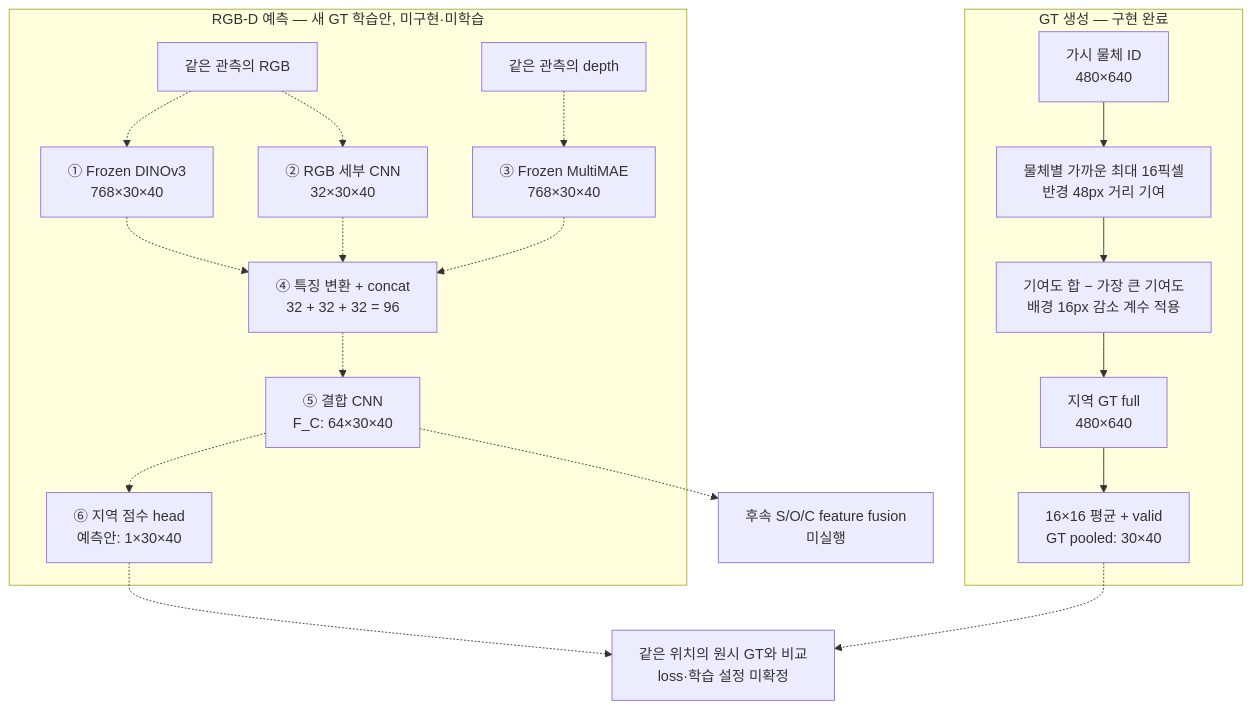
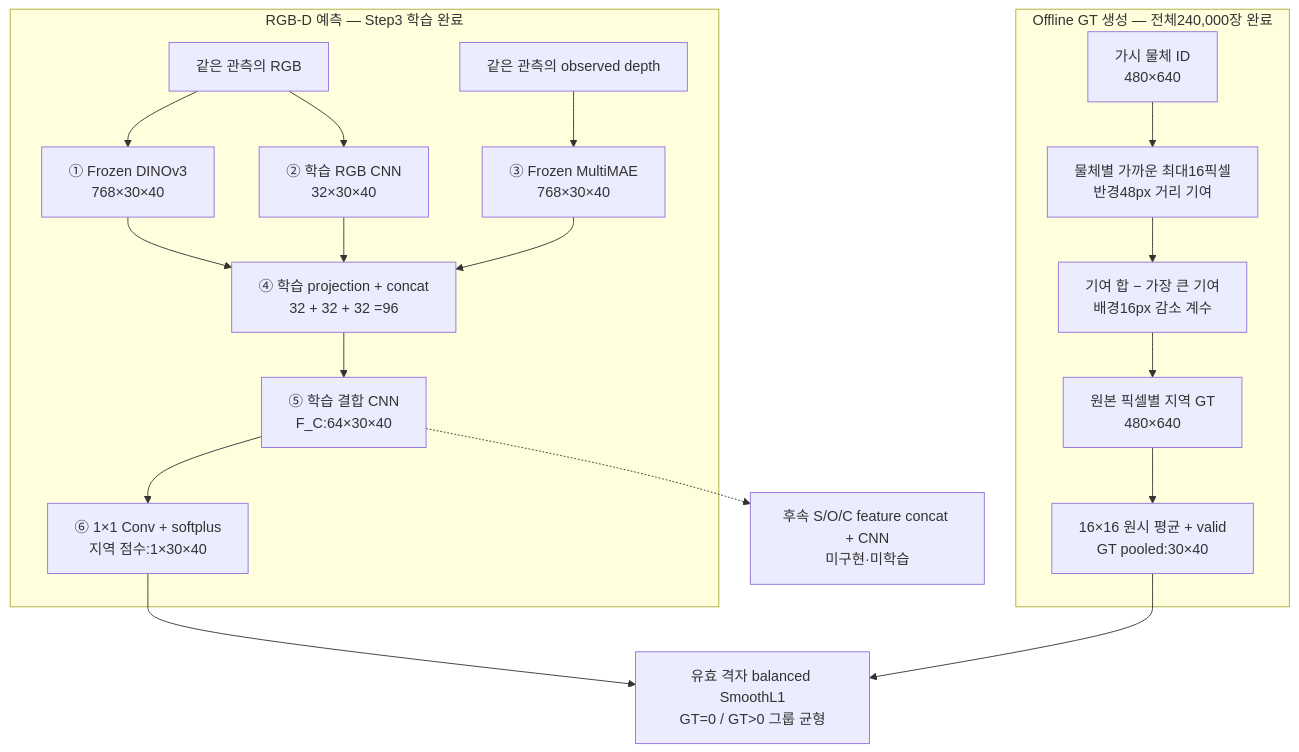
One commit to JeonHaneul/2D-PDM_DINOv3 changed the diagram in complexity_stream.md. Above: the diagram before and after it, drawn with Mermaid. The commit also changed other lines of this file and 81 other files, not shown here.

````diff
--- a/complexity_stream.md
+++ b/complexity_stream.md
@@ -46,22 +129,22 @@
 ```mermaid
 flowchart TB
-    subgraph GT["GT 생성 — 구현 완료"]
-        ID["가시 물체 ID<br/>480×640"] --> DIST["물체별 가까운 최대 16픽셀<br/>반경 48px 거리 기여"]
-        DIST --> REGION["기여도 합 − 가장 큰 기여도<br/>배경 16px 감소 계수 적용"]
-        REGION --> FULL["지역 GT full<br/>480×640"]
-        FULL --> POOL["16×16 평균 + valid<br/>GT pooled: 30×40"]
+    subgraph GT["Offline GT 생성 — 전체240,000장 완료"]
+        ID["가시 물체 ID<br/>480×640"] --> DIST["물체별 가까운 최대16픽셀<br/>반경48px 거리 기여"]
+        DIST --> REGION["기여 합 − 가장 큰 기여<br/>배경16px 감소 계수"]
+        REGION --> FULL["원본 픽셀별 지역 GT<br/>480×640"]
+        FULL --> POOL["16×16 원시 평균 + valid<br/>GT pooled:30×40"]
     end
-    subgraph MODEL["RGB-D 예측 — 새 GT 학습안, 미구현·미학습"]
-        RGB["같은 관측의 RGB"] -.-> DINO["① Frozen DINOv3<br/>768×30×40"]
-        RGB -.-> DETAIL["② RGB 세부 CNN<br/>32×30×40"]
-        DEPTH["같은 관측의 depth"] -.-> MAE["③ Frozen MultiMAE<br/>768×30×40"]
-        DINO -.-> CAT["④ 특징 변환 + concat<br/>32 + 32 + 32 = 96"]
-        DETAIL -.-> CAT
-        MAE -.-> CAT
-        CAT -.-> FC["⑤ 결합 CNN<br/>F_C: 64×30×40"]
-        FC -.-> PRED["⑥ 지역 점수 head<br/>예측안: 1×30×40"]
+    subgraph MODEL["RGB-D 예측 — Step3 학습 완료"]
+        RGB["같은 관측의 RGB"] --> DINO["① Frozen DINOv3<br/>768×30×40"]
+        RGB --> DETAIL["② 학습 RGB CNN<br/>32×30×40"]
+        DEPTH["같은 관측의 observed depth"] --> MAE["③ Frozen MultiMAE<br/>768×30×40"]
+        DINO --> CAT["④ 학습 projection + concat<br/>32 + 32 + 32 =96"]
+        DETAIL --> CAT
+        MAE --> CAT
+        CAT --> FC["⑤ 학습 결합 CNN<br/>F_C:64×30×40"]
+        FC --> PRED["⑥ 1×1 Conv + softplus<br/>지역 점수:1×30×40"]
     end
-    PRED -.-> LOSS["같은 위치의 원시 GT와 비교<br/>loss·학습 설정 미확정"]
-    POOL -.-> LOSS
-    FC -.-> FUSION["후속 S/O/C feature fusion<br/>미실행"]
+    PRED --> LOSS["유효 격자 balanced SmoothL1<br/>GT=0 / GT>0 그룹 균형"]
+    POOL --> LOSS
+    FC -.-> FUSION["후속 S/O/C feature concat + CNN<br/>미구현·미학습"]
 ```
````
